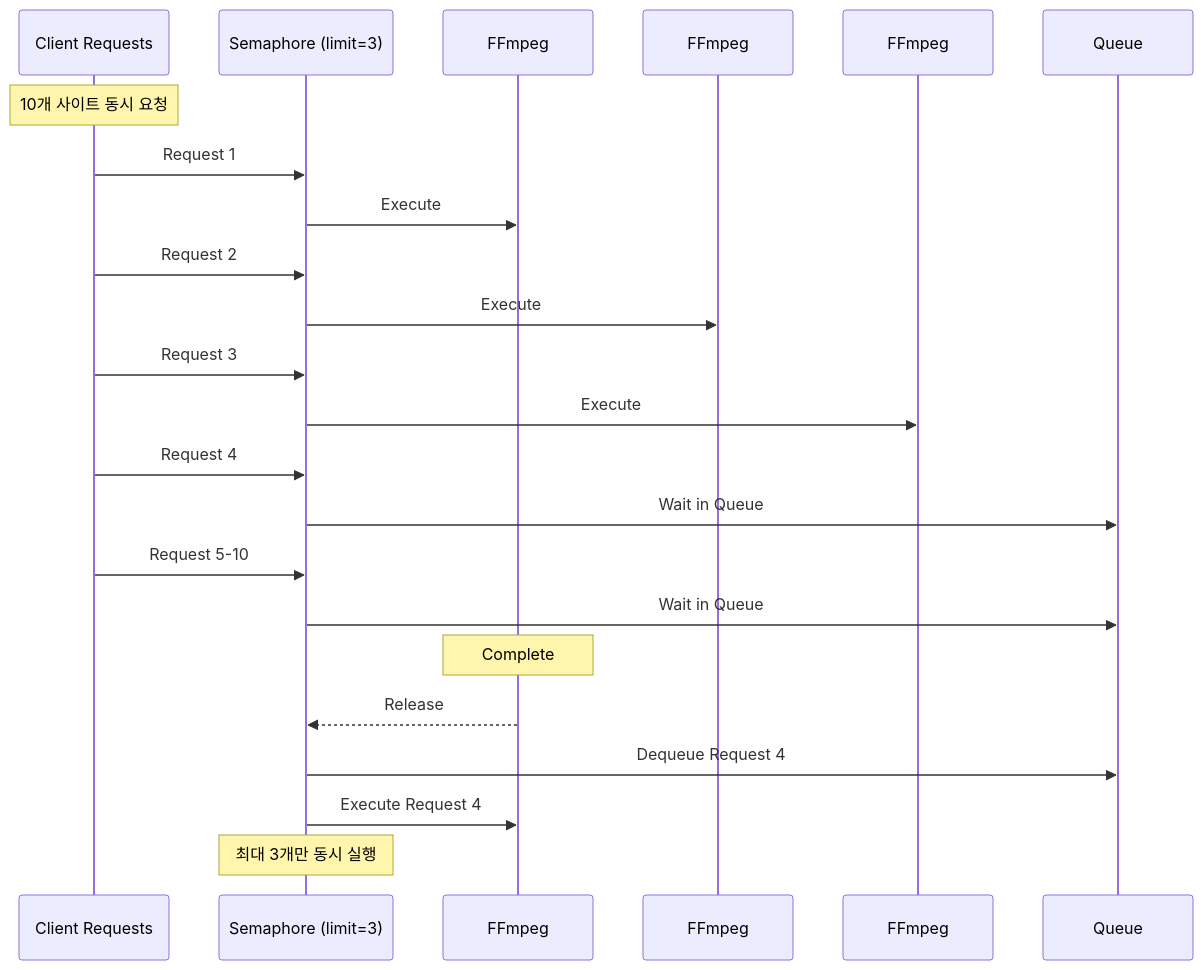
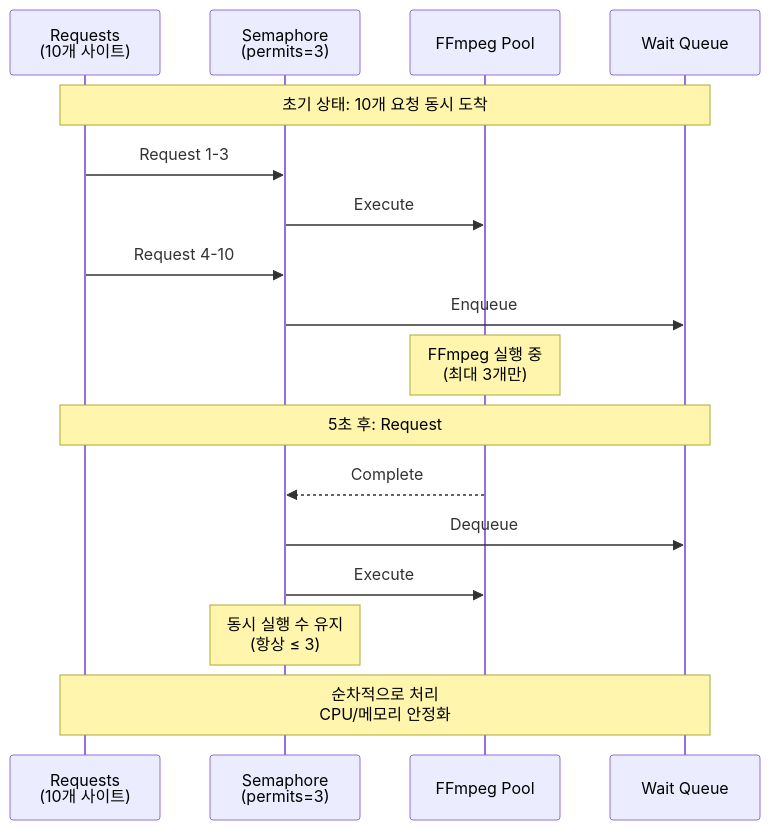
Before and after one commit to 1985jwlee/production-iot-backend: the eighth of 13 diagrams in README.md, drawn with Mermaid. The commit also changed other lines of this file and 1 other file, not shown here.

````diff
--- a/README.md
+++ b/README.md
@@ -407,33 +444,27 @@
 ```mermaid
 sequenceDiagram
-    participant C as Client Requests
-    participant S as Semaphore (limit=3)
-    participant F1 as FFmpeg #1
-    participant F2 as FFmpeg #2
-    participant F3 as FFmpeg #3
-    participant Q as Queue
+    participant R as Requests<br/>(10개 사이트)
+    participant S as Semaphore<br/>(permits=3)
+    participant F as FFmpeg Pool
+    participant Q as Wait Queue
     
-    Note over C: 10개 사이트 동시 요청
+    Note over R,Q: 초기 상태: 10개 요청 동시 도착
     
-    C->>S: Request 1
-    S->>F1: Execute
+    R->>S: Request 1-3
+    S->>F: Execute #1, #2, #3
     
-    C->>S: Request 2
-    S->>F2: Execute
+    R->>S: Request 4-10
+    S->>Q: Enqueue #4-10 (대기)
     
-    C->>S: Request 3
-    S->>F3: Execute
+    Note over F: FFmpeg 실행 중<br/>(최대 3개만)
     
-    C->>S: Request 4
-    S->>Q: Wait in Queue
+    Note over R,Q: 5초 후: Request #1 완료
     
-    C->>S: Request 5-10
-    S->>Q: Wait in Queue
+    F-->>S: Complete #1
+    S->>Q: Dequeue #4
+    S->>F: Execute #4
     
-    Note over F1: Complete
-    F1-->>S: Release
-    S->>Q: Dequeue Request 4
-    S->>F1: Execute Request 4
+    Note over S: 동시 실행 수 유지<br/>(항상 ≤ 3)
     
-    Note over S: 최대 3개만 동시 실행
+    Note over R,Q: 순차적으로 처리<br/>CPU/메모리 안정화
 ```
````
